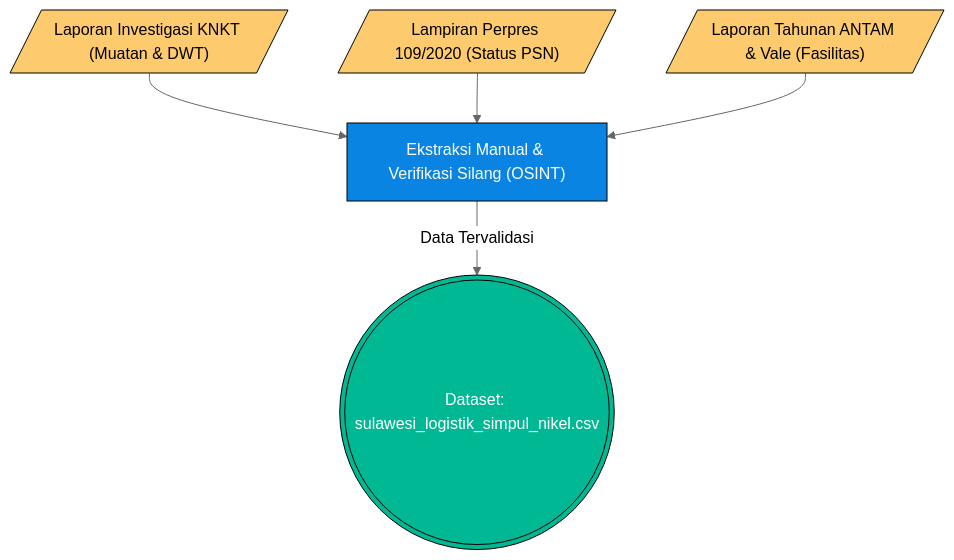
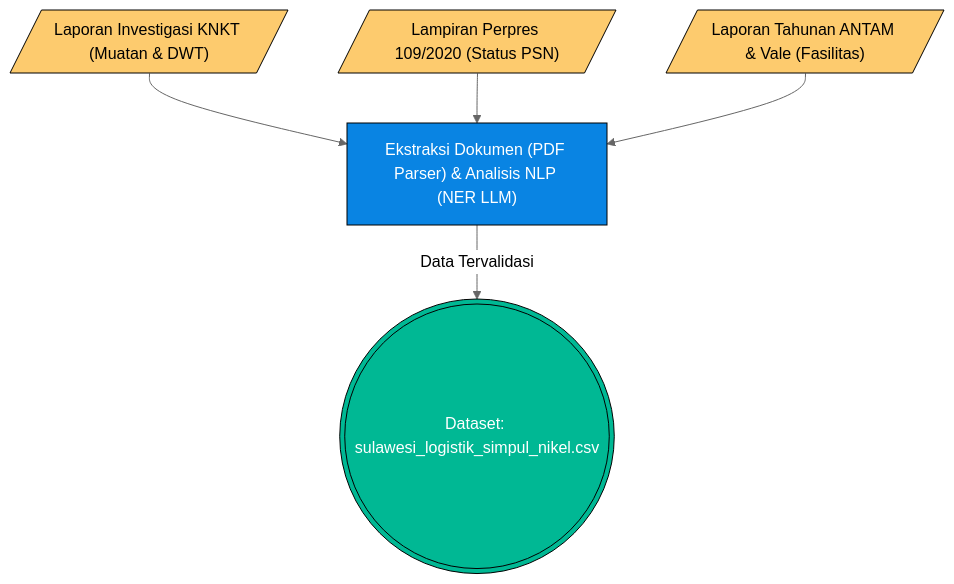
The first of 2 diagrams in tools/report_metodologi/bab_1/1.5_Metodologi_Endtoend_Logistik.md (HenryAi-SIBERMU/ECC), drawn with Mermaid (neutral theme) before and after one commit. The commit also changed other lines of this file, not shown here.

Commit message:
Auto-commit: Mengubah narasi NLP logistik menjadi flowchart visual (Mermaid)

````diff
--- a/tools/report_metodologi/bab_1/1.5_Metodologi_Endtoend_Logistik.md
+++ b/tools/report_metodologi/bab_1/1.5_Metodologi_Endtoend_Logistik.md
@@ -17,23 +17,23 @@
 ```mermaid
 graph TD
     %% SUMBER DATA
     Sumber1[/"Laporan Investigasi KNKT (Muatan & DWT)"/]
     Sumber2[/"Lampiran Perpres 109/2020 (Status PSN)"/]
     Sumber3[/"Laporan Tahunan ANTAM & Vale (Fasilitas)"/]
     
     %% EKSTRAKSI
-    Sumber1 --> Proses["Ekstraksi Manual & Verifikasi Silang (OSINT)"]
+    Sumber1 --> Proses["Ekstraksi Dokumen (PDF Parser) & Analisis NLP (NER LLM)"]
     Sumber2 --> Proses
     Sumber3 --> Proses
     
     %% HASIL
     Proses -->|Data Tervalidasi| Output((("Dataset: sulawesi_logistik_simpul_nikel.csv")))
 
     classDef aksi fill:#0984e3,color:#fff,stroke:#000
     classDef sumber fill:#fdcb6e,color:#000,stroke:#000
     classDef final fill:#00b894,color:#fff,stroke:#000
     
     class Proses aksi
     class Sumber1,Sumber2,Sumber3 sumber
     class Output final
 ```
````
